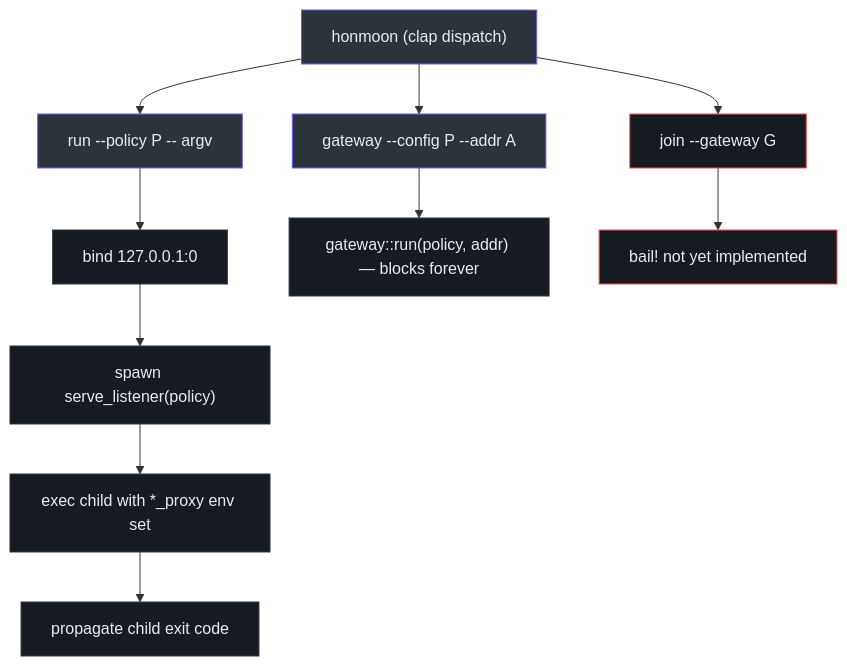
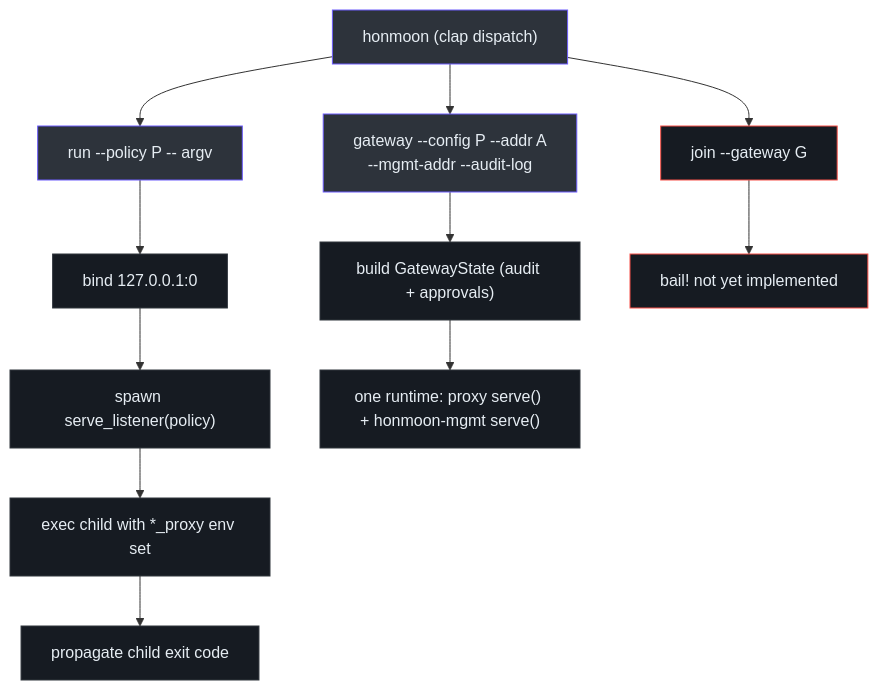
One commit to pleaseai/honmoon changed the third of 3 diagrams in wiki/deep-dive/egress-gateway.md. Above: the diagram before and after it, drawn with Mermaid. The commit also changed other lines of this file and 19 other files, not shown here.

Commit message:
docs(wiki): refresh for Phase 4 (pause approval, audit log, dashboard, honmoon-mgmt)

````diff
--- a/wiki/deep-dive/egress-gateway.md
+++ b/wiki/deep-dive/egress-gateway.md
@@ -105,22 +160,24 @@
 ```mermaid
 flowchart TD
   main["honmoon (clap dispatch)"] --> run["run --policy P -- argv"]
-  main --> gw["gateway --config P --addr A"]
+  main --> gw["gateway --config P --addr A<br>--mgmt-addr --audit-log"]
   main --> join["join --gateway G"]
   run --> bind["bind 127.0.0.1:0"]
   bind --> thread["spawn serve_listener(policy)"]
   thread --> exec["exec child with *_proxy env set"]
   exec --> code["propagate child exit code"]
-  gw --> gwrun["gateway::run(policy, addr) — blocks forever"]
+  gw --> gwstate["build GatewayState (audit + approvals)"]
+  gwstate --> gwboth["one runtime: proxy serve() + honmoon-mgmt serve()"]
   join --> bail["bail! not yet implemented"]
   style main fill:#2d333b,stroke:#6d5dfc,color:#e6edf3
   style run fill:#2d333b,stroke:#6d5dfc,color:#e6edf3
   style gw fill:#2d333b,stroke:#6d5dfc,color:#e6edf3
   style join fill:#161b22,stroke:#f85149,color:#e6edf3
   style bail fill:#161b22,stroke:#f85149,color:#e6edf3
   style bind fill:#161b22,stroke:#30363d,color:#e6edf3
   style thread fill:#161b22,stroke:#30363d,color:#e6edf3
   style exec fill:#161b22,stroke:#30363d,color:#e6edf3
   style code fill:#161b22,stroke:#30363d,color:#e6edf3
-  style gwrun fill:#161b22,stroke:#30363d,color:#e6edf3
+  style gwstate fill:#161b22,stroke:#30363d,color:#e6edf3
+  style gwboth fill:#161b22,stroke:#30363d,color:#e6edf3
 ```
````
